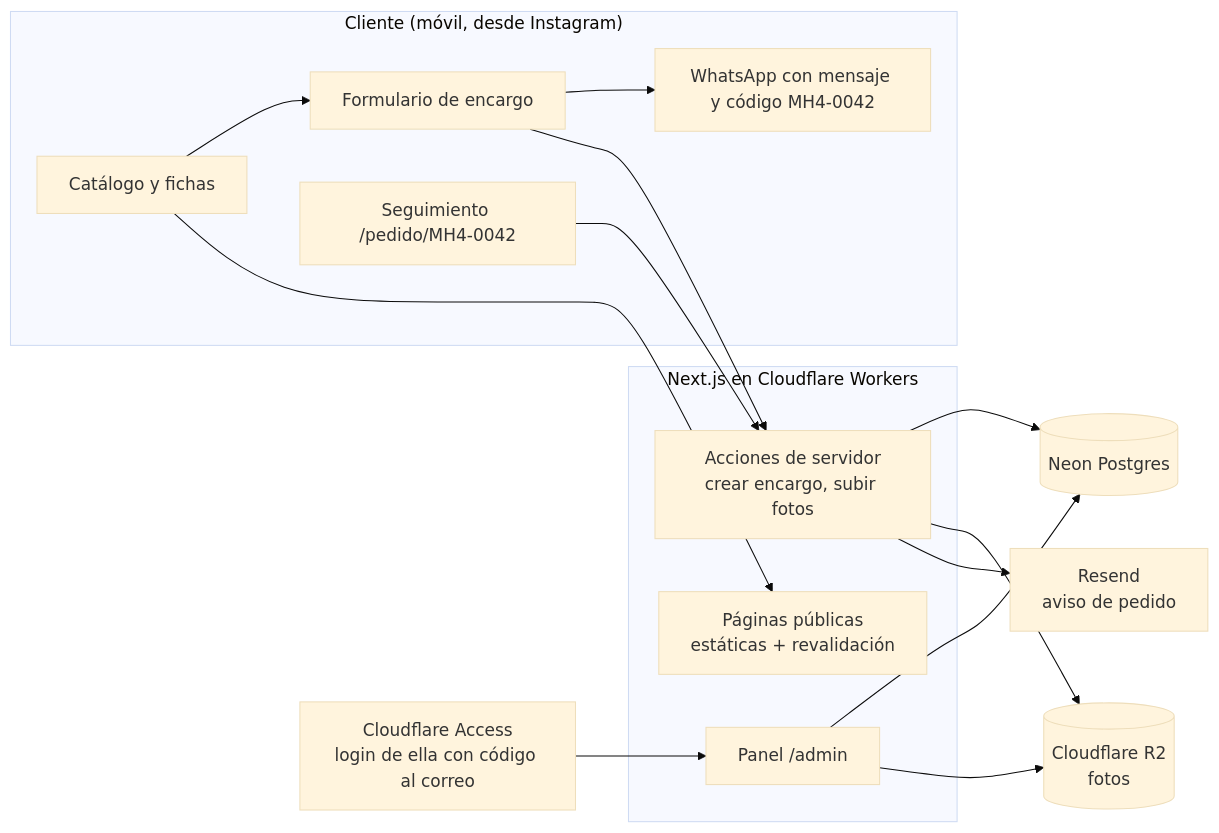
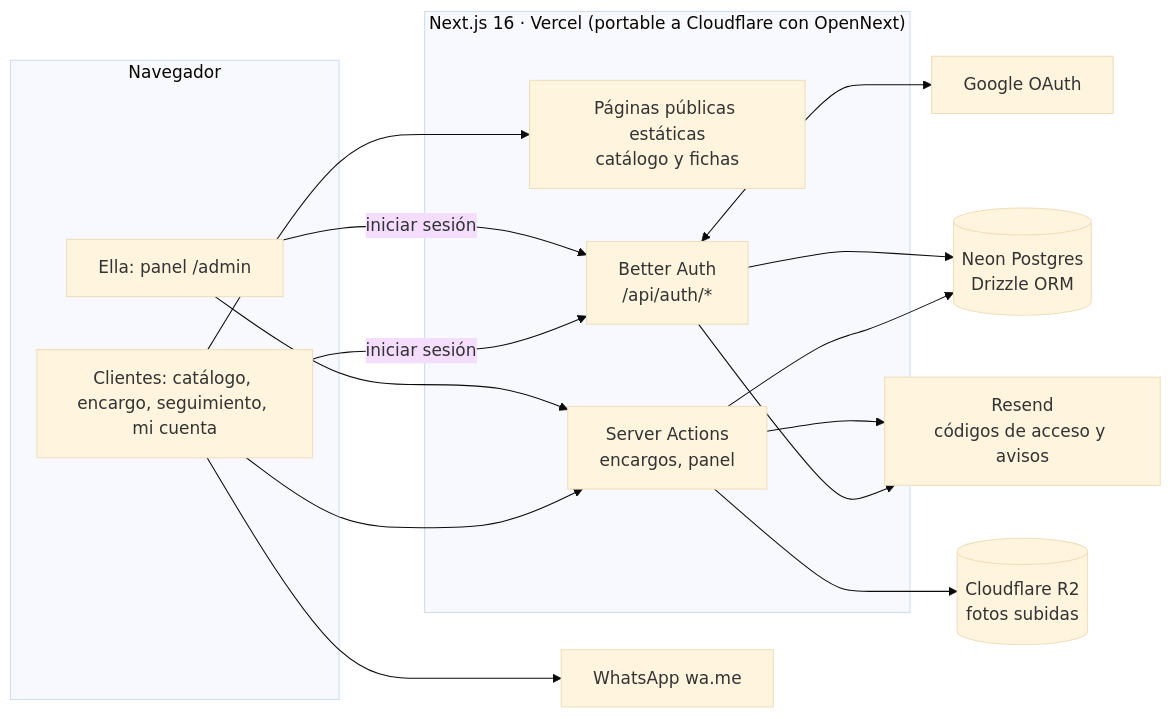
One commit to axchisan/magichands changed the diagram in docs/05-arquitectura.md. Above: the diagram before and after it, drawn with Mermaid (base theme). The commit also changed other lines of this file and 9 other files, not shown here.

First line of the commit message:
Documentación: precio, publicación en Vercel, login y plan de desarrollo

````diff
--- a/docs/05-arquitectura.md
+++ b/docs/05-arquitectura.md
@@ -8,24 +12,28 @@
 ```mermaid
 flowchart LR
-  subgraph Cliente["Cliente (móvil, desde Instagram)"]
-    A[Catálogo y fichas] --> B[Formulario de encargo]
-    B --> W[WhatsApp con mensaje y código MH4-0042]
-    S[Seguimiento /pedido/MH4-0042]
+  subgraph Navegador
+    C[Clientes: catálogo, encargo, seguimiento, mi cuenta]
+    A[Ella: panel /admin]
   end
-  subgraph Web["Next.js en Cloudflare Workers"]
-    P[Páginas públicas<br/>estáticas + revalidación]
-    API[Acciones de servidor<br/>crear encargo, subir fotos]
-    ADM[Panel /admin]
+  subgraph Web["Next.js 16 · Vercel (portable a Cloudflare con OpenNext)"]
+    P[Páginas públicas estáticas<br/>catálogo y fichas]
+    AUTH[Better Auth<br/>/api/auth/*]
+    SA[Server Actions<br/>encargos, panel]
   end
-  DB[(Neon Postgres)]
-  R2[(Cloudflare R2<br/>fotos)]
-  MAIL[Resend<br/>aviso de pedido]
-  ACC[Cloudflare Access<br/>login de ella con código al correo]
-  A --> P
-  B --> API --> DB
-  API --> R2
-  API --> MAIL
-  S --> API
-  ACC --> ADM --> DB
-  ADM --> R2
+  DB[(Neon Postgres<br/>Drizzle ORM)]
+  R2[(Cloudflare R2<br/>fotos subidas)]
+  MAIL[Resend<br/>códigos de acceso y avisos]
+  G[Google OAuth]
+  WA[WhatsApp wa.me]
+  C --> P
+  C --> SA --> DB
+  C -- iniciar sesión --> AUTH
+  A -- iniciar sesión --> AUTH
+  AUTH --> DB
+  AUTH <--> G
+  AUTH --> MAIL
+  A --> SA
+  SA --> R2
+  SA --> MAIL
+  C --> WA
 ```
````
